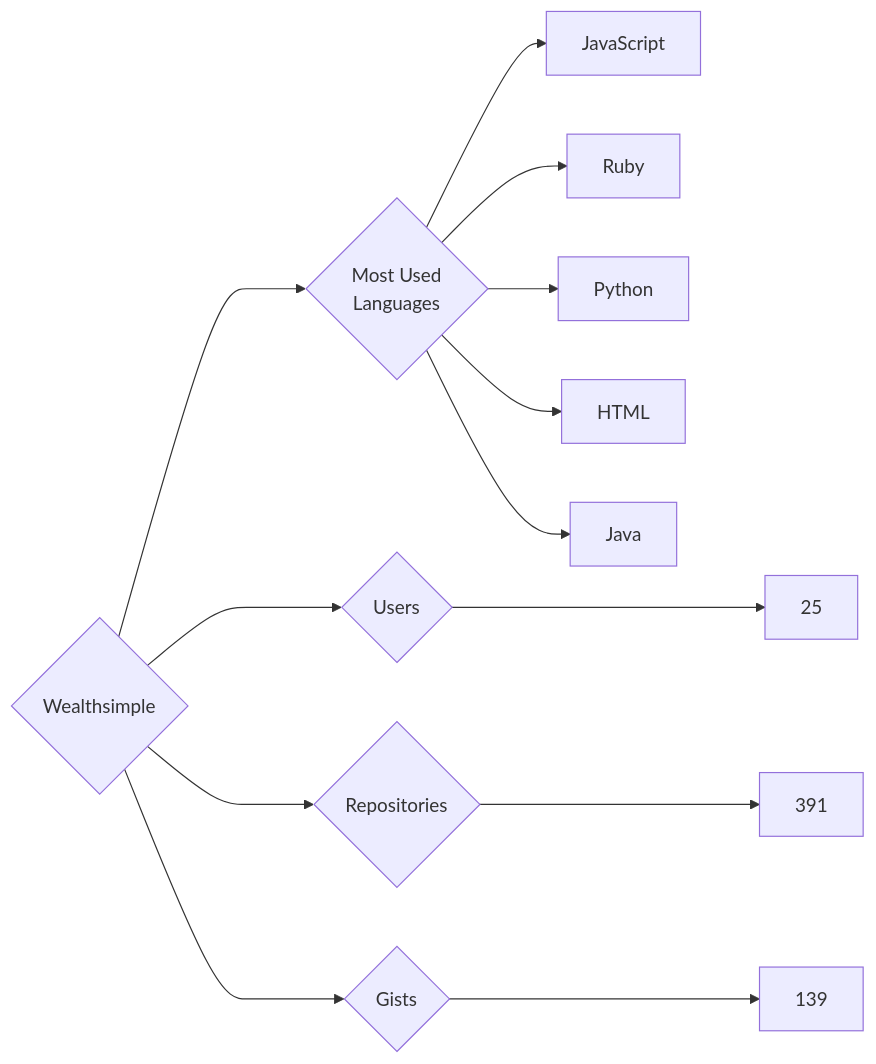
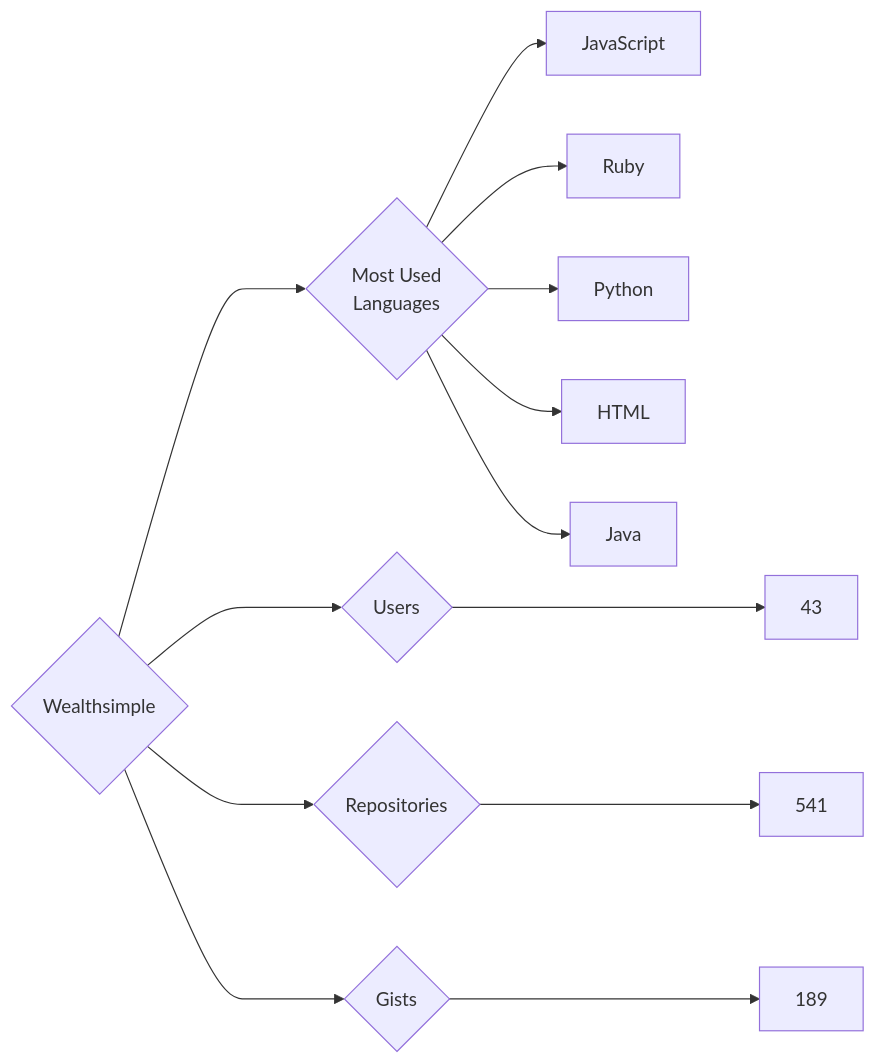
Before and after one commit to trickest/insiders: the diagram in targets/Wealthsimple/README.md, drawn with Mermaid. The commit also changed 860 other files, not shown here.

````diff
--- a/targets/Wealthsimple/README.md
+++ b/targets/Wealthsimple/README.md
@@ -3,13 +3,13 @@
 ```mermaid
 graph LR
 COMPANY_NAME{Wealthsimple}
-COMPANY_NAME ---> U{Users} ---> UN[25]
-COMPANY_NAME ---> R{Repositories} ---> RN[391]
-COMPANY_NAME ---> G{Gists} ---> GN[139]
+COMPANY_NAME ---> U{Users} ---> UN[43]
+COMPANY_NAME ---> R{Repositories} ---> RN[541]
+COMPANY_NAME ---> G{Gists} ---> GN[189]
 COMPANY_NAME ---> ML{Most Used<br>Languages}
 ML --> JavaScript[JavaScript]
 ML --> Ruby[Ruby]
 ML --> Python[Python]
 ML --> HTML[HTML]
 ML --> Java[Java]
 ```
````
